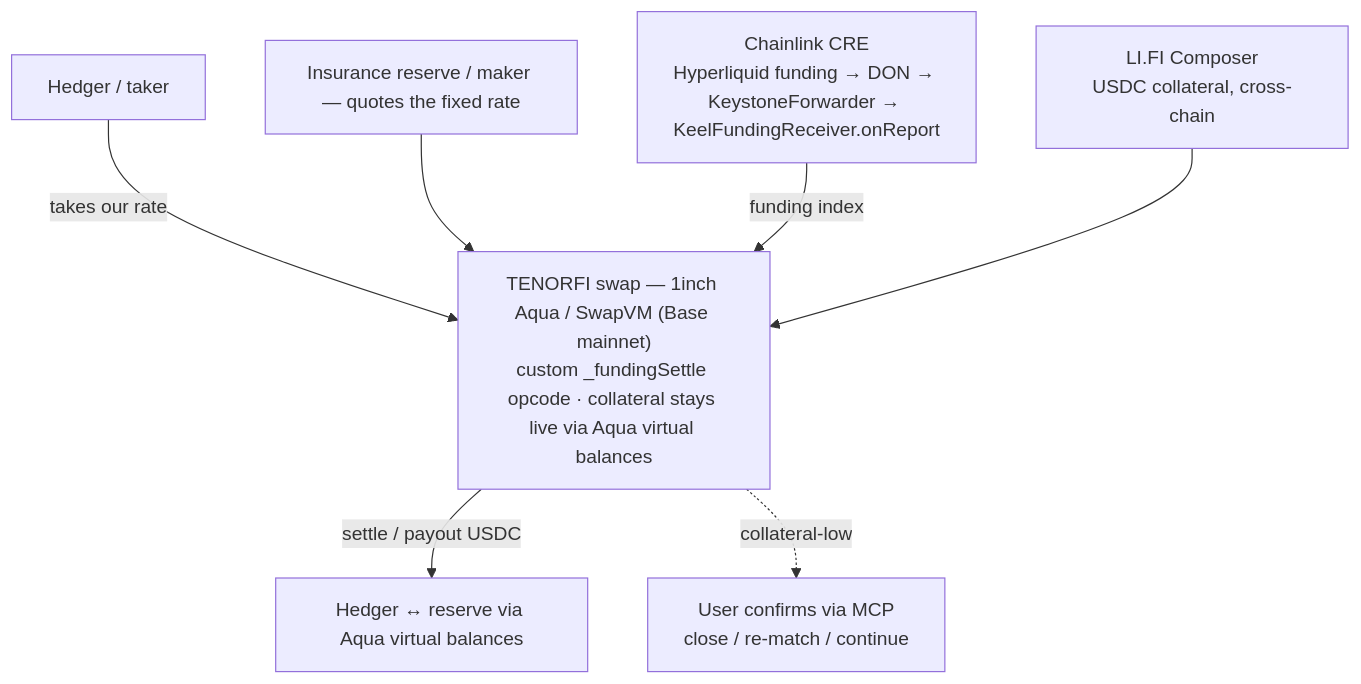
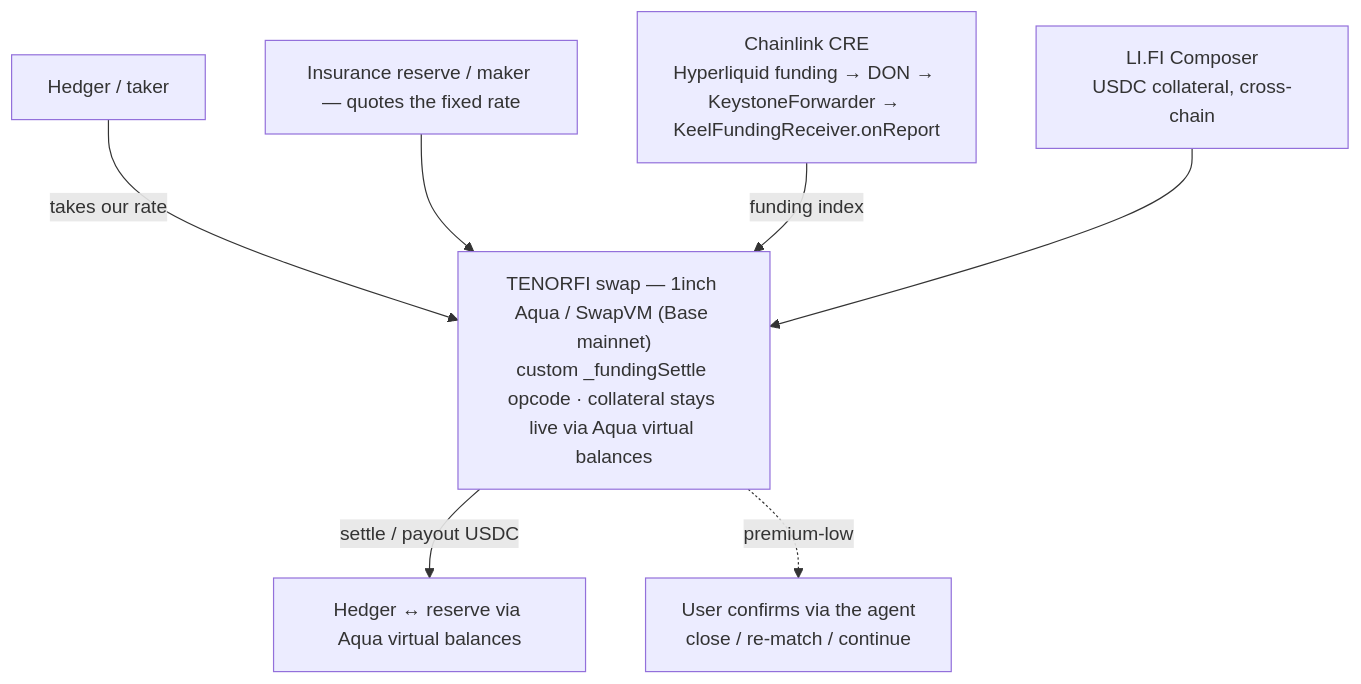
Before and after one commit to 0xYudhishthra/TenorFi: the first of 2 diagrams in README.md, drawn with Mermaid. The commit also changed other lines of this file and 7 other files, not shown here.

````diff
--- a/README.md
+++ b/README.md
@@ -53,10 +53,10 @@
 ```mermaid
 flowchart TB
     HEDGER["Hedger / taker"] -->|takes our rate| TENORFI
     RESERVE["Insurance reserve / maker — quotes the fixed rate"] --> TENORFI
     CRE["Chainlink CRE<br/>Hyperliquid funding → DON → KeystoneForwarder → KeelFundingReceiver.onReport"] -->|funding index| TENORFI
     LIFI["LI.FI Composer<br/>USDC collateral, cross-chain"] --> TENORFI
     TENORFI["TENORFI swap — 1inch Aqua / SwapVM (Base mainnet)<br/>custom _fundingSettle opcode · collateral stays live via Aqua virtual balances"]
     TENORFI -->|settle / payout USDC| OUT["Hedger ↔ reserve via Aqua virtual balances"]
-    TENORFI -.->|collateral-low| BRINK["User confirms via MCP<br/>close / re-match / continue"]
+    TENORFI -.->|premium-low| BRINK["User confirms via the agent<br/>close / re-match / continue"]
 ```
````
